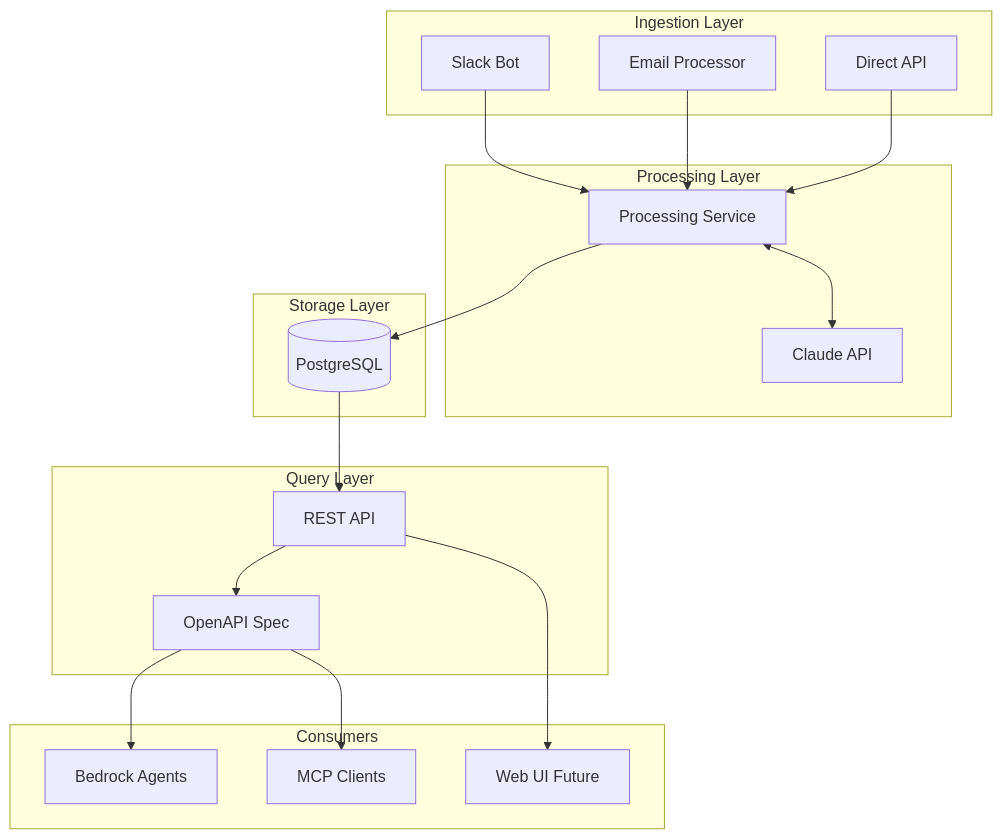
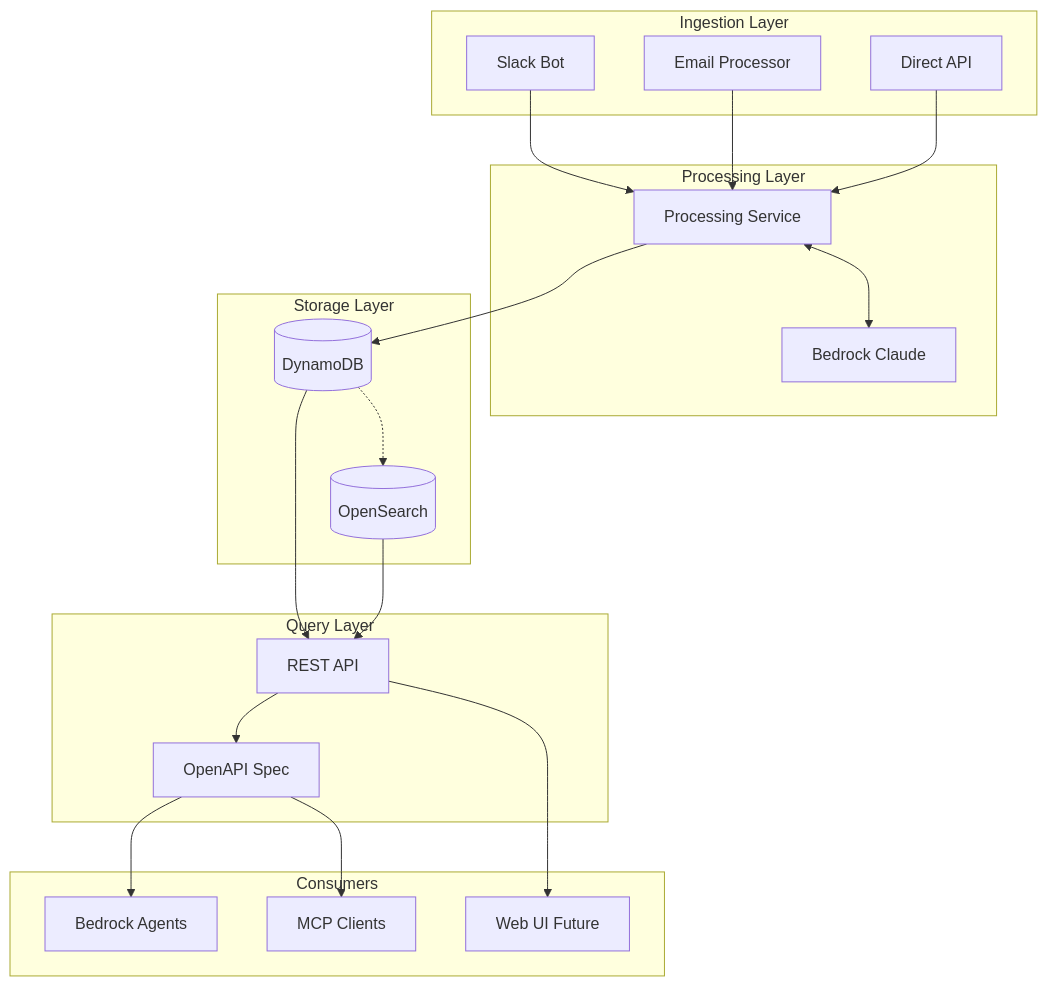
One commit to rawatadit/decision-ledger changed the fourth of 9 diagrams in decision-ledger/DESIGN.md. Above: the diagram before and after it, drawn with Mermaid. The commit also changed other lines of this file, not shown here.

First line of the commit message:
Add Technology Decisions section and fix PostgreSQL references

````diff
--- a/decision-ledger/DESIGN.md
+++ b/decision-ledger/DESIGN.md
@@ -165,42 +169,45 @@
 ```mermaid
 graph TB
     subgraph "Ingestion Layer"
         SB[Slack Bot]
         EM[Email Processor]
         API_IN[Direct API]
     end
 
     subgraph "Processing Layer"
         PROC[Processing Service]
-        CLAUDE[Claude API]
+        BEDROCK_LLM[Bedrock Claude]
     end
 
     subgraph "Storage Layer"
-        PG[(PostgreSQL)]
+        DDB[(DynamoDB)]
+        SEARCH[(OpenSearch)]
     end
 
     subgraph "Query Layer"
         API_OUT[REST API]
         SPEC[OpenAPI Spec]
     end
 
     subgraph "Consumers"
-        BEDROCK[Bedrock Agents]
+        BEDROCK_AGENT[Bedrock Agents]
         MCP[MCP Clients]
         WEB[Web UI Future]
     end
 
     SB --> PROC
     EM --> PROC
     API_IN --> PROC
 
-    PROC <--> CLAUDE
-    PROC --> PG
+    PROC <--> BEDROCK_LLM
+    PROC --> DDB
 
-    PG --> API_OUT
+    DDB --> API_OUT
+    DDB -.-> SEARCH
+    SEARCH --> API_OUT
     API_OUT --> SPEC
 
-    SPEC --> BEDROCK
+    SPEC --> BEDROCK_AGENT
     SPEC --> MCP
     API_OUT --> WEB
 ```
````
